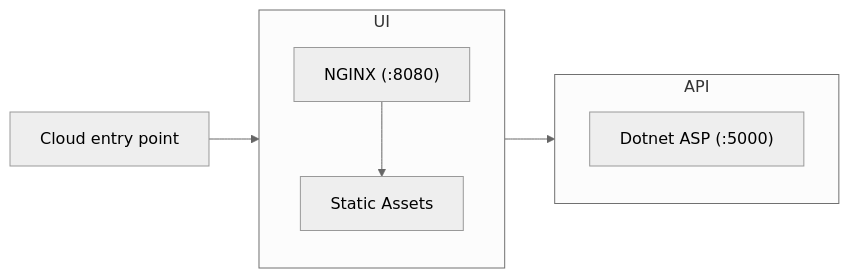
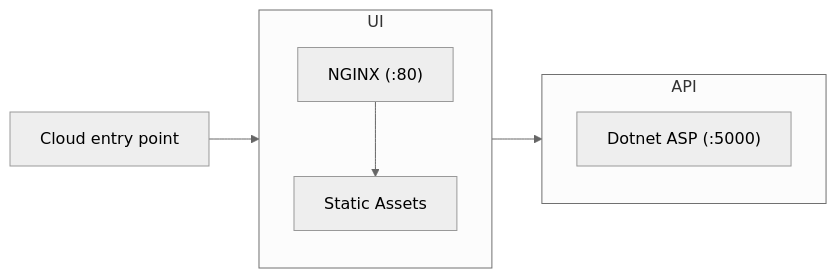
Before and after one commit to bencoveney/dotnet-container: the diagram in README.md, drawn with Mermaid (neutral theme). The commit also changed other lines of this file and 11 other files, not shown here.

````diff
--- a/README.md
+++ b/README.md
@@ -32,16 +32,16 @@
 ```mermaid
 graph LR
   host-->nginx
   nginx-->dotnet
   host["Cloud entry point"]
   subgraph api["API"]
     direction TB
     dotnet["Dotnet ASP (:5000)"]
   end
   subgraph ui["UI"]
     direction TB
-    nginx["NGINX (:8080)"]
+    nginx["NGINX (:80)"]
     static["Static Assets"]
     nginx-->static
   end
 ```
````
